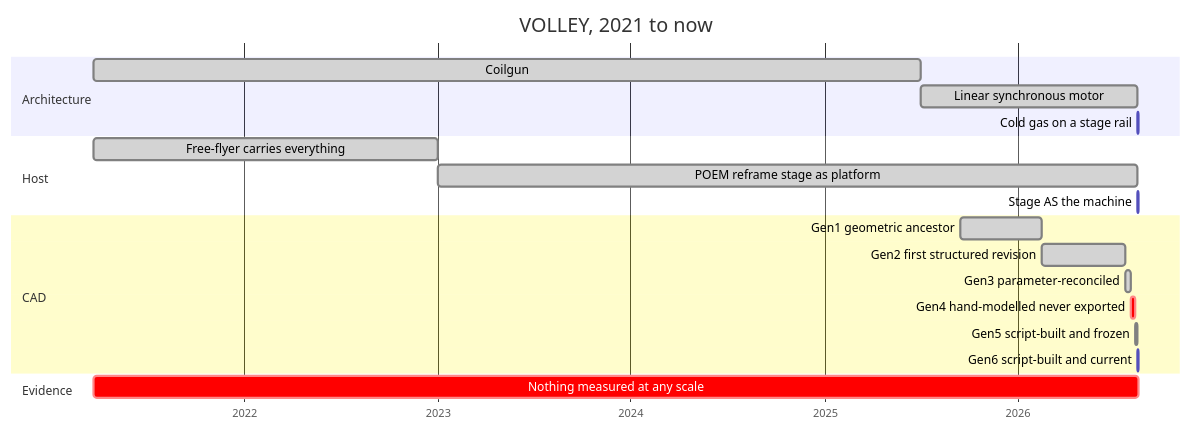
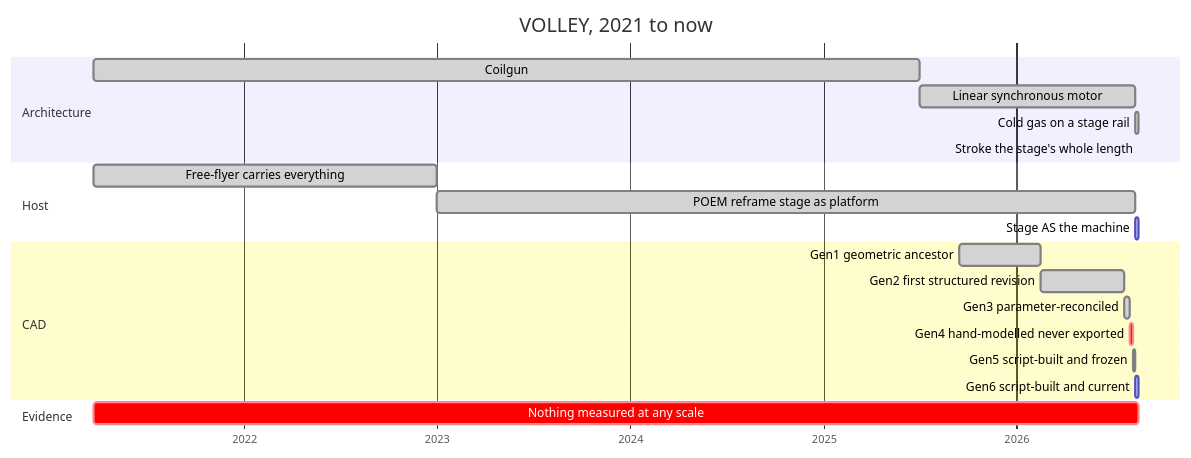
Before and after one commit to aaaaaaaaaaaavm/VOLLEY: the first of 5 diagrams in README.md, drawn with Mermaid. The commit also changed other lines of this file and 32 other files, not shown here.

````diff
--- a/README.md
+++ b/README.md
@@ -219,28 +219,29 @@
 ```mermaid
 gantt
     title VOLLEY, 2021 to now
     dateFormat YYYY-MM-DD
     axisFormat %Y
     todayMarker off
 
     section Architecture
     Coilgun                          :done, a1, 2021-03-22, 2025-07-01
     Linear synchronous motor         :done, a2, 2025-07-01, 2026-08-14
-    Cold gas on a stage rail         :active, a3, 2026-08-14, 2026-08-17
+    Cold gas on a stage rail         :done, a3, 2026-08-14, 2026-08-19
+    Stroke  the stage's whole length :active, a4, 2026-08-19, 2026-08-20
 
     section Host
     Free-flyer  carries everything   :done, h1, 2021-03-22, 2023-01-01
     POEM reframe  stage as platform  :done, h2, 2023-01-01, 2026-08-14
-    Stage AS the machine             :active, h3, 2026-08-14, 2026-08-17
+    Stage AS the machine             :active, h3, 2026-08-14, 2026-08-20
 
     section CAD
     Gen1  geometric ancestor         :done, c1, 2025-09-15, 2026-02-15
     Gen2  first structured revision  :done, c2, 2026-02-15, 2026-07-23
     Gen3  parameter-reconciled       :done, c3, 2026-07-23, 2026-08-03
     Gen4  hand-modelled never exported :crit, c4, 2026-08-03, 2026-08-10
     Gen5  script-built and frozen    :done, c5, 2026-08-10, 2026-08-14
-    Gen6  script-built and current   :active, c6, 2026-08-14, 2026-08-17
+    Gen6  script-built and current   :active, c6, 2026-08-14, 2026-08-20
 
     section Evidence
-    Nothing measured at any scale    :crit, e1, 2021-03-22, 2026-08-17
+    Nothing measured at any scale    :crit, e1, 2021-03-22, 2026-08-20
 ```
````
